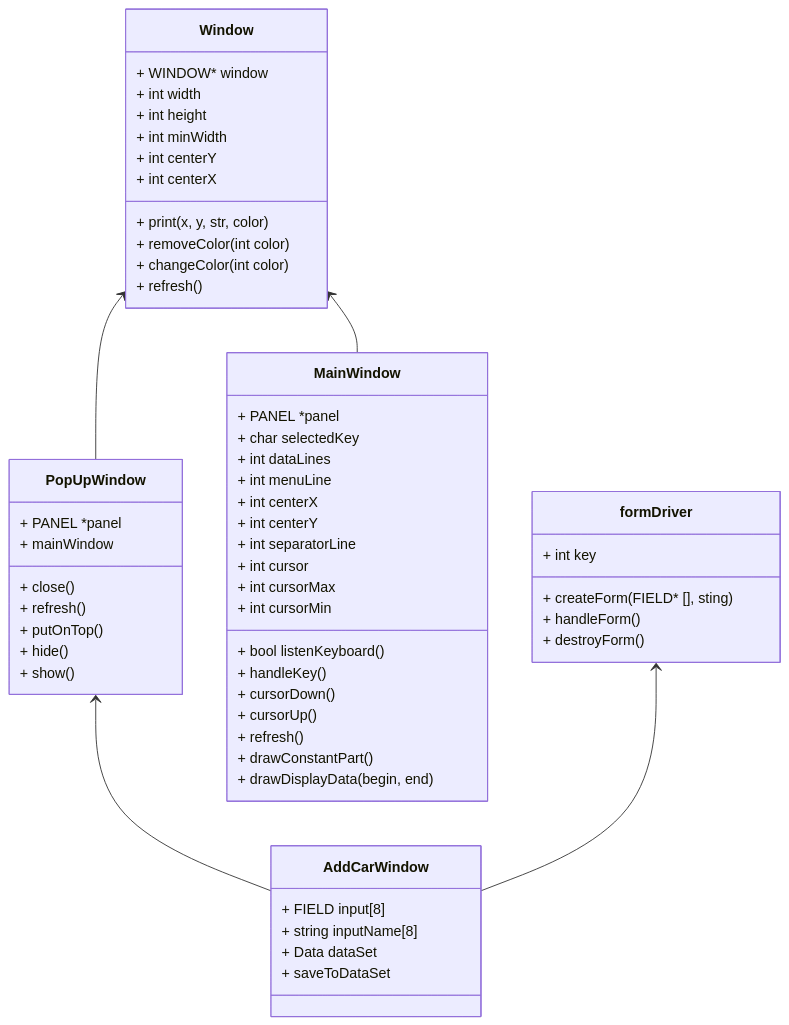
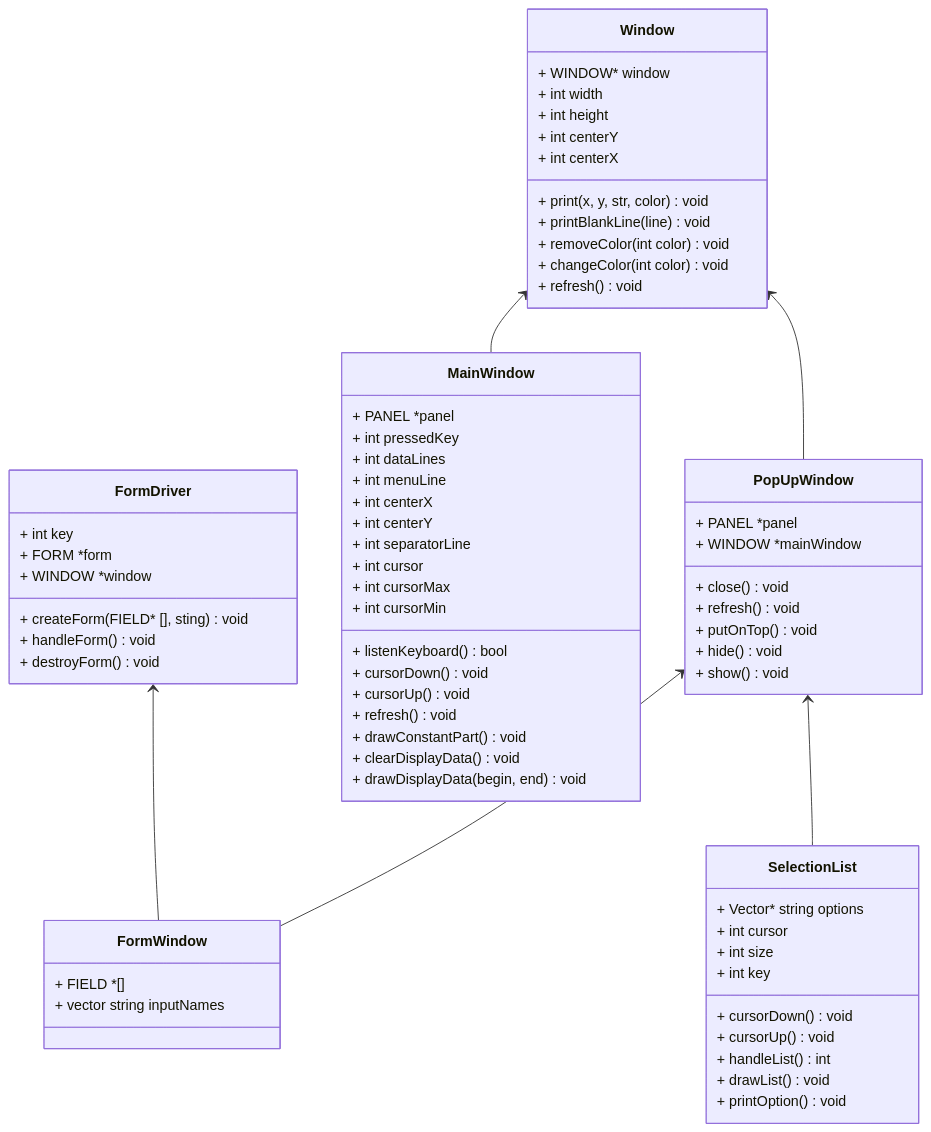
One commit to asamaranch78/swatcplusplus25Q4 changed the third of 3 diagrams in FinalProject/Readme.md. Above: the diagram before and after it, drawn with Mermaid. The commit also changed other lines of this file and 3 other files, not shown here.

````diff
--- a/FinalProject/Readme.md
+++ b/FinalProject/Readme.md
@@ -164,60 +149,73 @@
 ```mermaid
 classDiagram
     Window <-- PopUpWindow
     Window <-- MainWindow
-    PopUpWindow <-- AddCarWindow
-    formDriver <-- AddCarWindow
+    PopUpWindow <-- FormWindow
+    FormDriver <-- FormWindow
+    PopUpWindow <-- SelectionList
     class Window {
         + WINDOW* window
         + int width
         + int height
-        + int minWidth
         + int centerY
         + int centerX 
-        + print(x, y, str, color)
-        + removeColor(int color)
-        + changeColor(int color)
-        + refresh()
+        + print(x, y, str, color) void
+        + printBlankLine(line) void
+        + removeColor(int color) void
+        + changeColor(int color) void
+        + refresh() void
     }
     class PopUpWindow {
         + PANEL *panel
-        + mainWindow
-        + close()
-        + refresh()
-        + putOnTop()
-        + hide()
-        + show()
+        + WINDOW *mainWindow
+        + close() void
+        + refresh() void
+        + putOnTop() void
+        + hide() void
+        + show() void
     }
     class MainWindow {
         + PANEL *panel
-        + char selectedKey
+        + int pressedKey
         + int dataLines
         + int menuLine
         + int centerX
         + int centerY
         + int separatorLine
         + int cursor
         + int cursorMax
         + int cursorMin
-        + bool listenKeyboard()
-        + handleKey()
-        + cursorDown()
-        + cursorUp()
-        + refresh()
-        + drawConstantPart()
-        + drawDisplayData(begin, end)
+        + listenKeyboard() bool
+        + cursorDown() void
+        + cursorUp() void
+        + refresh() void
+        + drawConstantPart() void
+        + clearDisplayData() void
+        + drawDisplayData(begin, end) void
     }
-    class AddCarWindow {
-        + FIELD input[8]
-        + string inputName[8]
-        + Data dataSet
-        + saveToDataSet
+    class FormDriver {
+        + int key
+        + FORM *form
+        + WINDOW *window
+        + createForm(FIELD* [], sting) void
+        + handleForm() void
+        + destroyForm() void
     }
-    class formDriver {
+    class FormWindow {
+        + FIELD *[]
+        + vector string inputNames
+    }
+    class SelectionList {
+        + Vector* string options
+        + int cursor
+        + int size
         + int key
-        + createForm(FIELD* [], sting)
-        + handleForm()
-        + destroyForm()
+        
+        + cursorDown() void
+        + cursorUp() void
+        + handleList() int 
+        + drawList() void
+        + printOption() void
     }
 
 ```
````
